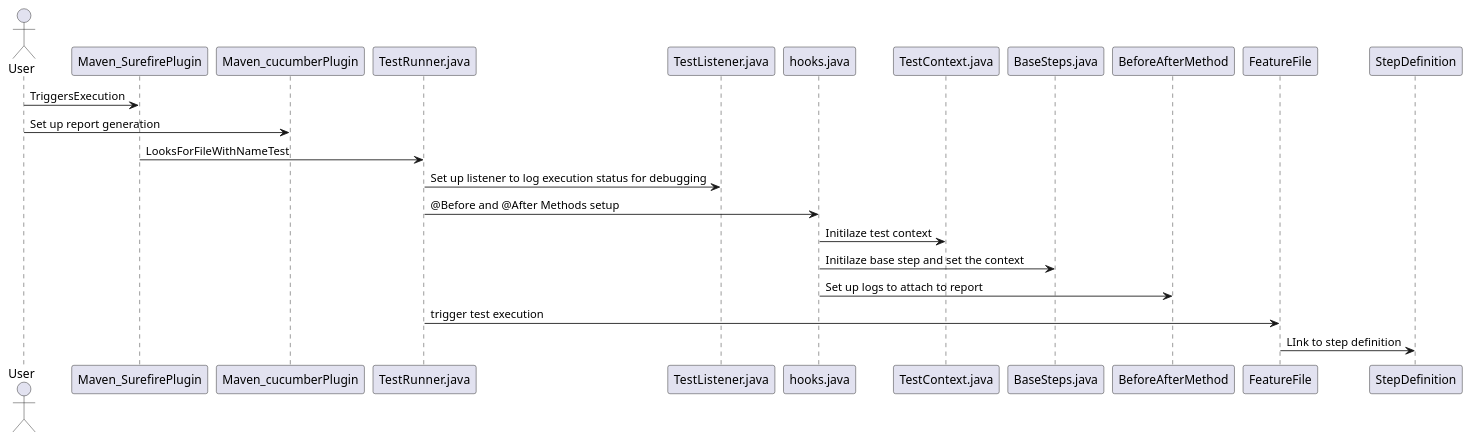
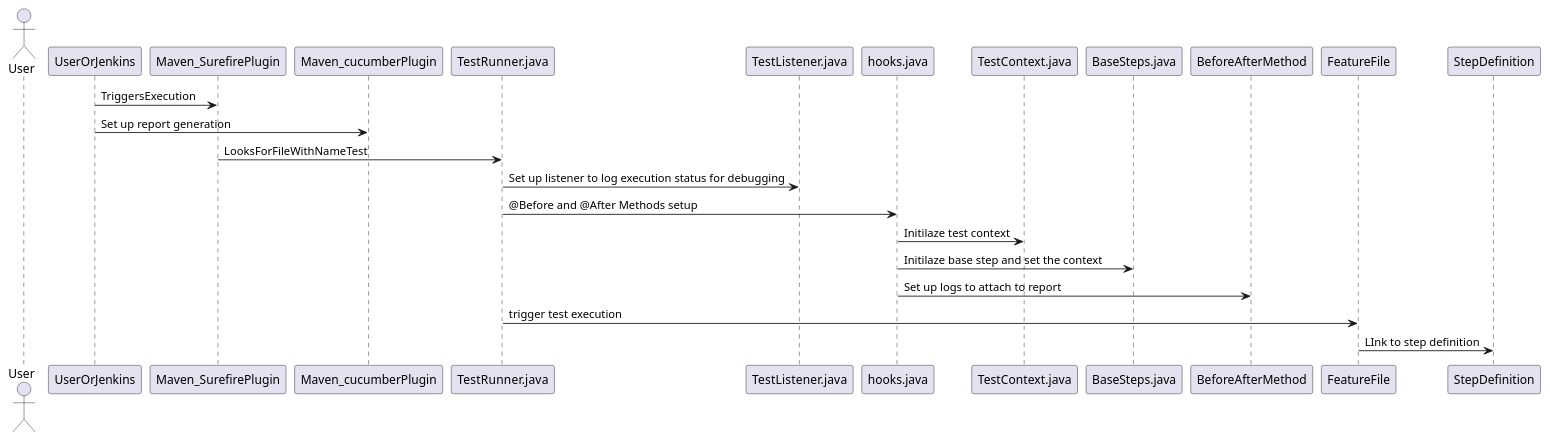
One commit to AgoBalan/BDDRepo changed the diagram in sequenceDiagram.puml. Above: the diagram before and after it, drawn with PlantUML. The commit also changed 16 other files, not shown here.

```diff
--- a/sequenceDiagram.puml
+++ b/sequenceDiagram.puml
@@ -1,13 +1,13 @@
 @startuml
 actor User
-User -> Maven_SurefirePlugin: TriggersExecution
-User -> Maven_cucumberPlugin: Set up report generation
+UserOrJenkins -> Maven_SurefirePlugin: TriggersExecution
+UserOrJenkins -> Maven_cucumberPlugin: Set up report generation
 Maven_SurefirePlugin -> TestRunner.java: LooksForFileWithNameTest
 TestRunner.java -> TestListener.java: Set up listener to log execution status for debugging
 TestRunner.java -> hooks.java: @Before and @After Methods setup
 hooks.java ->TestContext.java: Initilaze test context
 hooks.java ->BaseSteps.java: Initilaze base step and set the context
 hooks.java ->BeforeAfterMethod: Set up logs to attach to report
 TestRunner.java -> FeatureFile: trigger test execution
 FeatureFile -> StepDefinition: LInk to step definition
 @enduml
```
